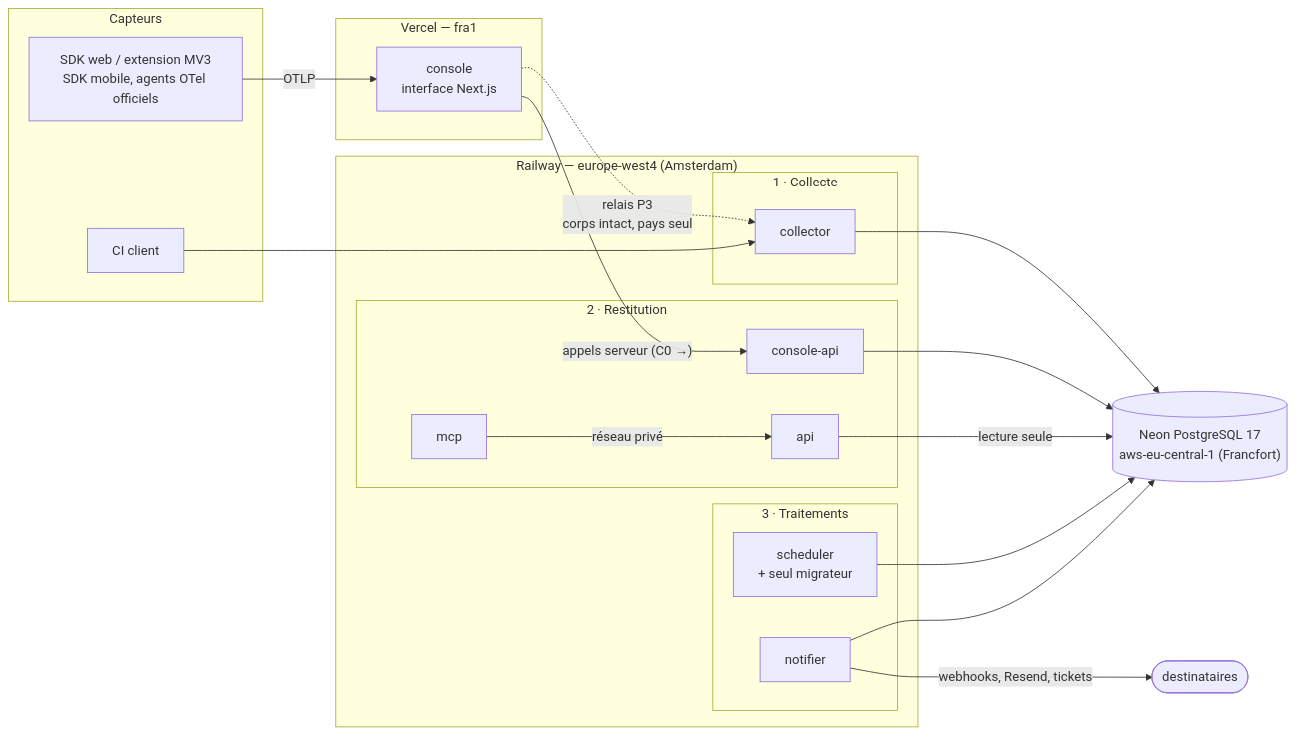
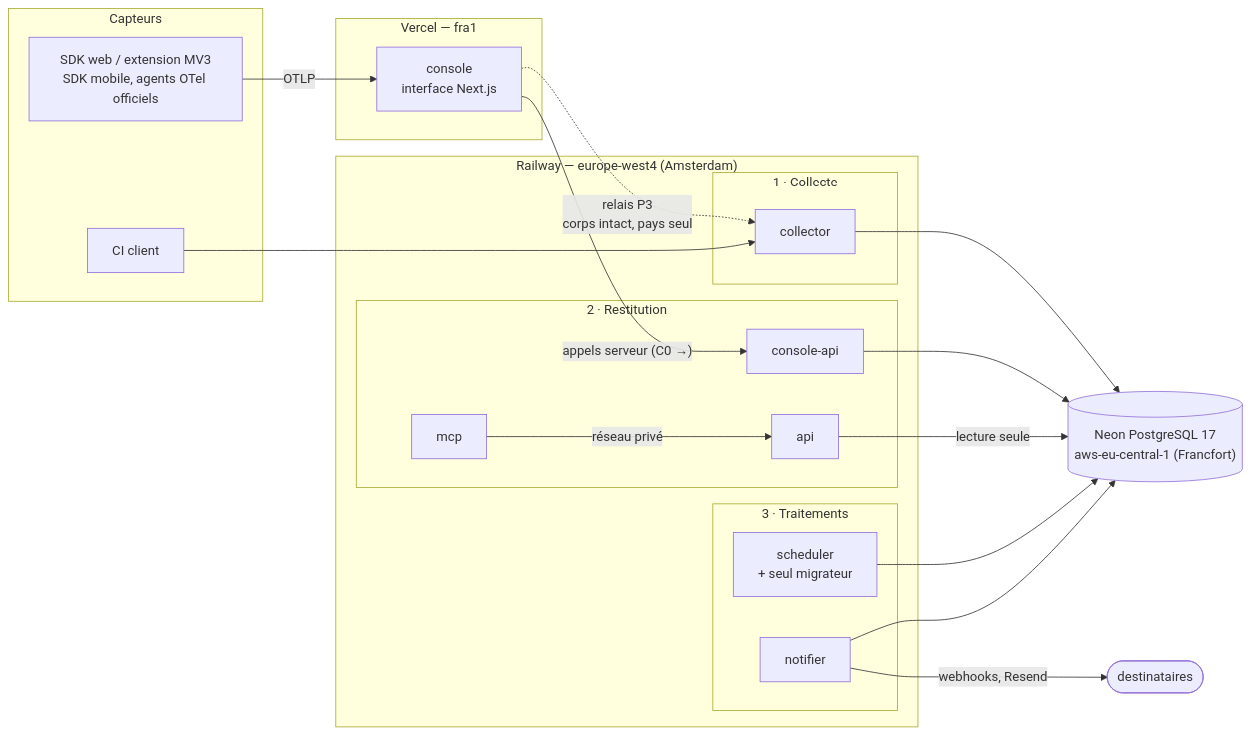
The second of 2 diagrams in docs/architecture/overview.md (jt33120/poc-MIP_RUM), drawn with Mermaid before and after one commit. The commit also changed other lines of this file and 13 other files, not shown here.

````diff
--- a/docs/architecture/overview.md
+++ b/docs/architecture/overview.md
@@ -41,36 +41,36 @@
 ```mermaid
 flowchart LR
   subgraph capteurs["Capteurs"]
     sdk["SDK web / extension MV3<br/>SDK mobile, agents OTel officiels"]
     cic["CI client"]
   end
   subgraph vercel["Vercel — fra1"]
     console["console<br/>interface Next.js"]
   end
   subgraph railway["Railway — europe-west4 (Amsterdam)"]
     subgraph g1["1 · Collecte"]
       collector["collector"]
     end
     subgraph g2["2 · Restitution"]
       api["api"]
       capi["console-api"]
       mcp["mcp"]
     end
     subgraph g3["3 · Traitements"]
       scheduler["scheduler<br/>+ seul migrateur"]
       notifier["notifier"]
     end
   end
   neon[("Neon PostgreSQL 17<br/>aws-eu-central-1 (Francfort)")]
   sdk -->|"OTLP"| console
   console -.->|"relais P3<br/>corps intact, pays seul"| collector
   cic --> collector
   collector --> neon
   console -->|"appels serveur (C0 →)"| capi
   capi --> neon
   api -->|"lecture seule"| neon
   mcp -->|"réseau privé"| api
   scheduler --> neon
   notifier --> neon
-  notifier -->|"webhooks, Resend, tickets"| dehors(["destinataires"])
+  notifier -->|"webhooks, Resend"| dehors(["destinataires"])
 ```
````
